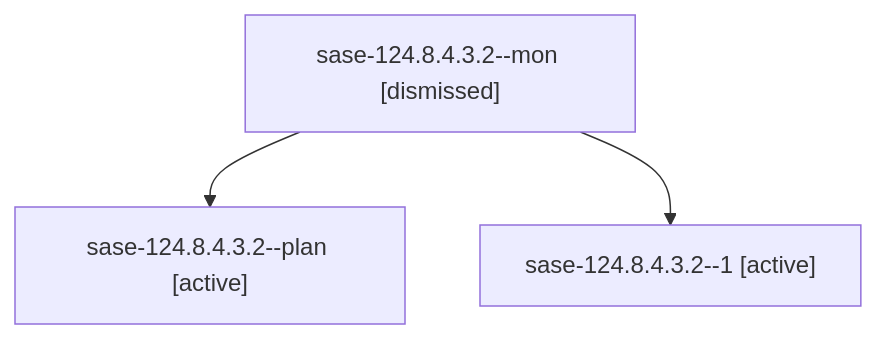
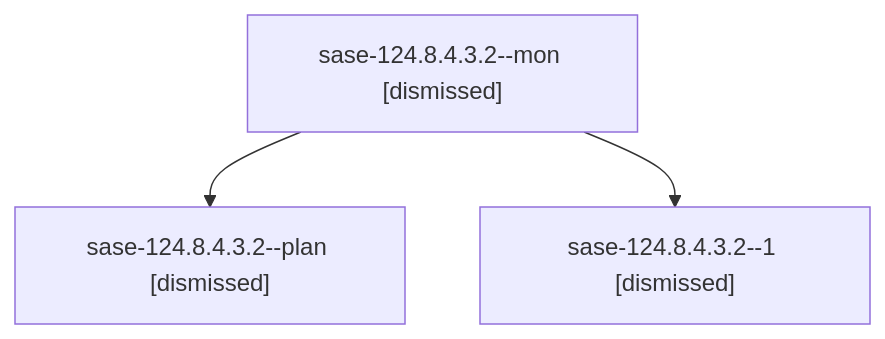
The diagram in sessions/bbugyi200.athena.sase-124.8.4.3.2.md (sase-org/sase--agents), drawn with Mermaid before and after one commit. The commit also changed other lines of this file and 198 other files, not shown here.

````diff
--- a/sessions/bbugyi200.athena.sase-124.8.4.3.2.md
+++ b/sessions/bbugyi200.athena.sase-124.8.4.3.2.md
@@ -9,8 +9,8 @@
 ```mermaid
 flowchart TD
   n0["sase-124.8.4.3.2--mon [dismissed]"]
-  n1["sase-124.8.4.3.2--plan [active]"]
+  n1["sase-124.8.4.3.2--plan [dismissed]"]
   n0 --> n1
-  n2["sase-124.8.4.3.2--1 [active]"]
+  n2["sase-124.8.4.3.2--1 [dismissed]"]
   n0 --> n2
 ```
````
